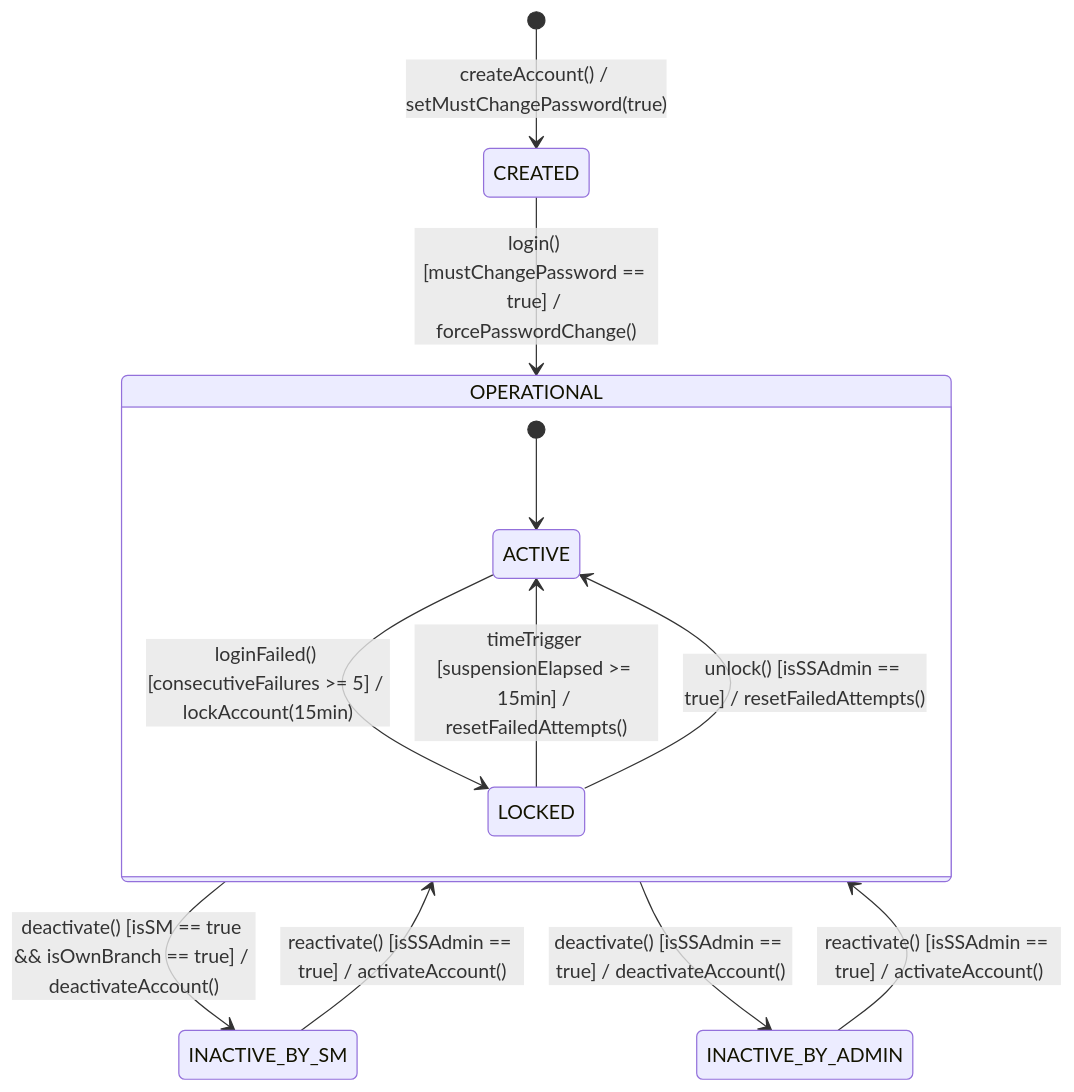
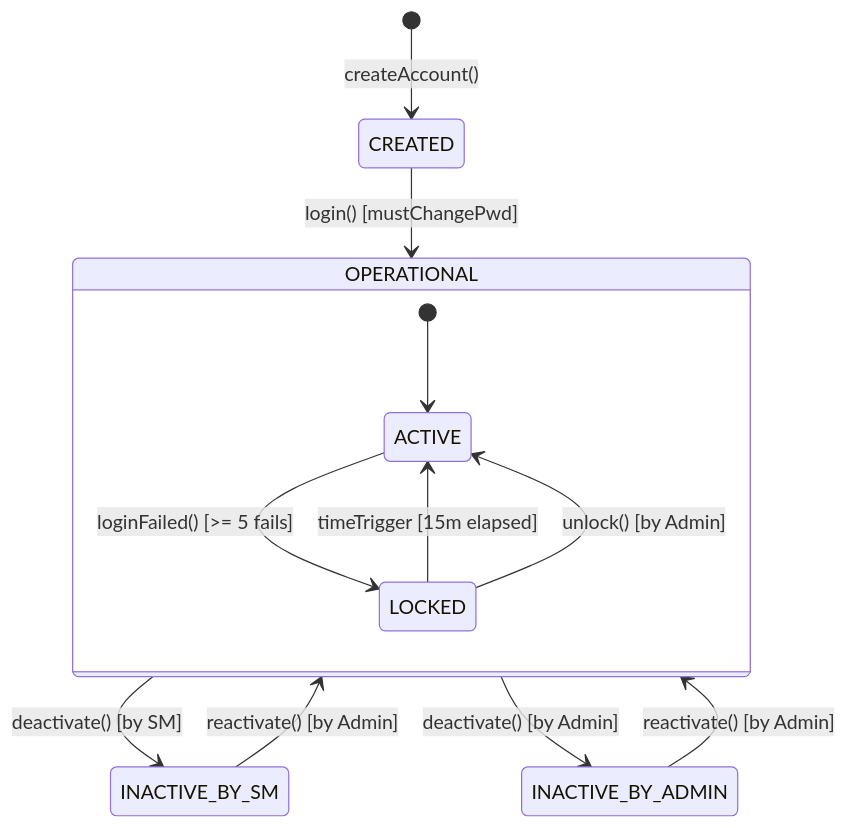
The sixth of 6 diagrams in rds_sections/04_detailed_3_1_system_access_security.md (Shaichi/Khoga_coffe_shop), drawn with Mermaid before and after one commit. The commit also changed 3 other files, not shown here.

````diff
--- a/rds_sections/04_detailed_3_1_system_access_security.md
+++ b/rds_sections/04_detailed_3_1_system_access_security.md
@@ -285,19 +285,19 @@
 ```mermaid
 stateDiagram-v2
-    [*] --> CREATED : createAccount() / setMustChangePassword(true)
+    [*] --> CREATED : createAccount()
 
-    CREATED --> OPERATIONAL : login() [mustChangePassword == true] / forcePasswordChange()
+    CREATED --> OPERATIONAL : login() [mustChangePwd]
 
     state OPERATIONAL {
         [*] --> ACTIVE
-        ACTIVE --> LOCKED : loginFailed() [consecutiveFailures >= 5] / lockAccount(15min)
-        LOCKED --> ACTIVE : timeTrigger [suspensionElapsed >= 15min] / resetFailedAttempts()
-        LOCKED --> ACTIVE : unlock() [isSSAdmin == true] / resetFailedAttempts()
+        ACTIVE --> LOCKED : loginFailed() [>= 5 fails]
+        LOCKED --> ACTIVE : timeTrigger [15m elapsed]
+        LOCKED --> ACTIVE : unlock() [by Admin]
     }
 
-    OPERATIONAL --> INACTIVE_BY_SM : deactivate() [isSM == true && isOwnBranch == true] / deactivateAccount()
-    OPERATIONAL --> INACTIVE_BY_ADMIN : deactivate() [isSSAdmin == true] / deactivateAccount()
+    OPERATIONAL --> INACTIVE_BY_SM : deactivate() [by SM]
+    OPERATIONAL --> INACTIVE_BY_ADMIN : deactivate() [by Admin]
 
-    INACTIVE_BY_SM --> OPERATIONAL : reactivate() [isSSAdmin == true] / activateAccount()
-    INACTIVE_BY_ADMIN --> OPERATIONAL : reactivate() [isSSAdmin == true] / activateAccount()
+    INACTIVE_BY_SM --> OPERATIONAL : reactivate() [by Admin]
+    INACTIVE_BY_ADMIN --> OPERATIONAL : reactivate() [by Admin]
 ```
````
